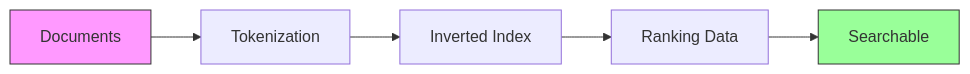
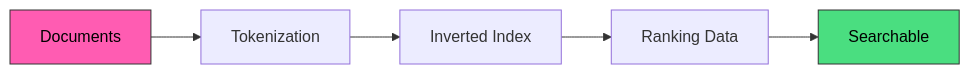
The diagram in products/indexing/overview.mdx (meilisearch/documentation), drawn with Mermaid before and after one commit.

Commit message:
Fix mermaid diagram colors for better readability

````diff
--- a/products/indexing/overview.mdx
+++ b/products/indexing/overview.mdx
@@ -13,10 +13,10 @@
 ```mermaid
 flowchart LR
     A[Documents] --> B[Tokenization]
     B --> C[Inverted Index]
     C --> D[Ranking Data]
     D --> E[Searchable]
 
-    style A fill:#f9f,stroke:#333
-    style E fill:#9f9,stroke:#333
+    style A fill:#FF5CB2,stroke:#333,color:#000
+    style E fill:#4ade80,stroke:#333,color:#000
 ```
````
